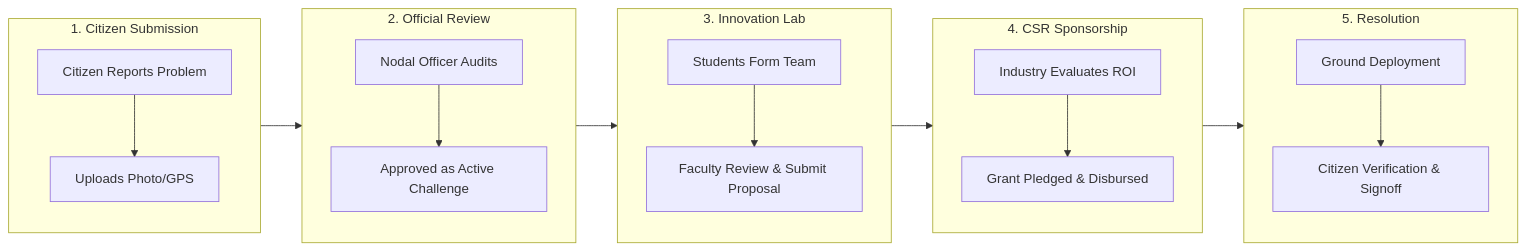
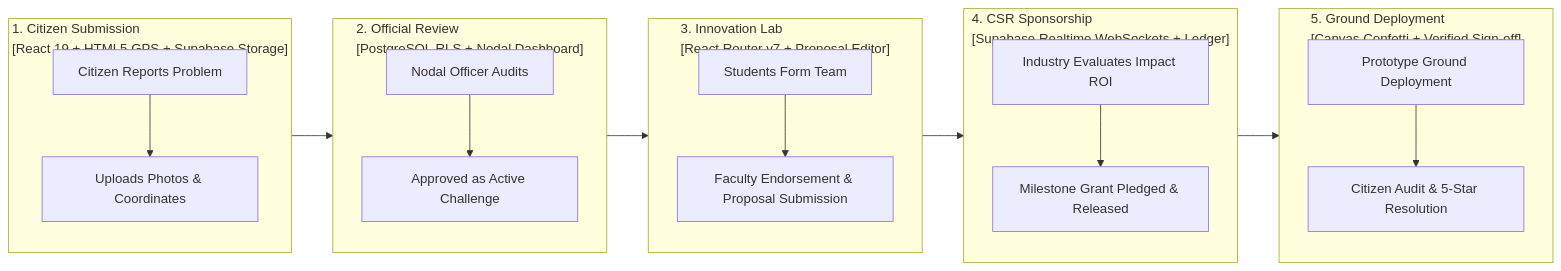
Before and after one commit to InfiniteLeveling/smadhanconnect: the seventh of 7 diagrams in WORKFLOW_AND_FLOWCHARTS.md, drawn with Mermaid. The commit also changed other lines of this file and 3 other files, not shown here.

Commit message:
docs: add explicit tech stack annotations to all flowcharts in README, WORKFLOW_AND_FLOWCHARTS, and PDF

````diff
--- a/WORKFLOW_AND_FLOWCHARTS.md
+++ b/WORKFLOW_AND_FLOWCHARTS.md
@@ -276,34 +276,34 @@
 ```mermaid
 flowchart LR
-    subgraph Step1["1. Citizen Submission"]
+    subgraph Step1["1. Citizen Submission<br/>[React 19 + HTML5 GPS + Supabase Storage]"]
         P1[Citizen Reports Problem]
-        P2[Uploads Photo/GPS]
+        P2[Uploads Photos & Coordinates]
         P1 --> P2
     end
 
-    subgraph Step2["2. Official Review"]
+    subgraph Step2["2. Official Review<br/>[PostgreSQL RLS + Nodal Dashboard]"]
         P3[Nodal Officer Audits]
         P4[Approved as Active Challenge]
         P3 --> P4
     end
 
-    subgraph Step3["3. Innovation Lab"]
+    subgraph Step3["3. Innovation Lab<br/>[React Router v7 + Proposal Editor]"]
         P5[Students Form Team]
-        P6[Faculty Review & Submit Proposal]
+        P6[Faculty Endorsement & Proposal Submission]
         P5 --> P6
     end
 
-    subgraph Step4["4. CSR Sponsorship"]
-        P7[Industry Evaluates ROI]
-        P8[Grant Pledged & Disbursed]
+    subgraph Step4["4. CSR Sponsorship<br/>[Supabase Realtime WebSockets + Ledger]"]
+        P7[Industry Evaluates Impact ROI]
+        P8[Milestone Grant Pledged & Released]
         P7 --> P8
     end
 
-    subgraph Step5["5. Resolution"]
-        P9[Ground Deployment]
-        P10[Citizen Verification & Signoff]
+    subgraph Step5["5. Ground Deployment<br/>[Canvas Confetti + Verified Sign-off]"]
+        P9[Prototype Ground Deployment]
+        P10[Citizen Audit & 5-Star Resolution]
         P9 --> P10
     end
 
     Step1 --> Step2 --> Step3 --> Step4 --> Step5
 ```
````
